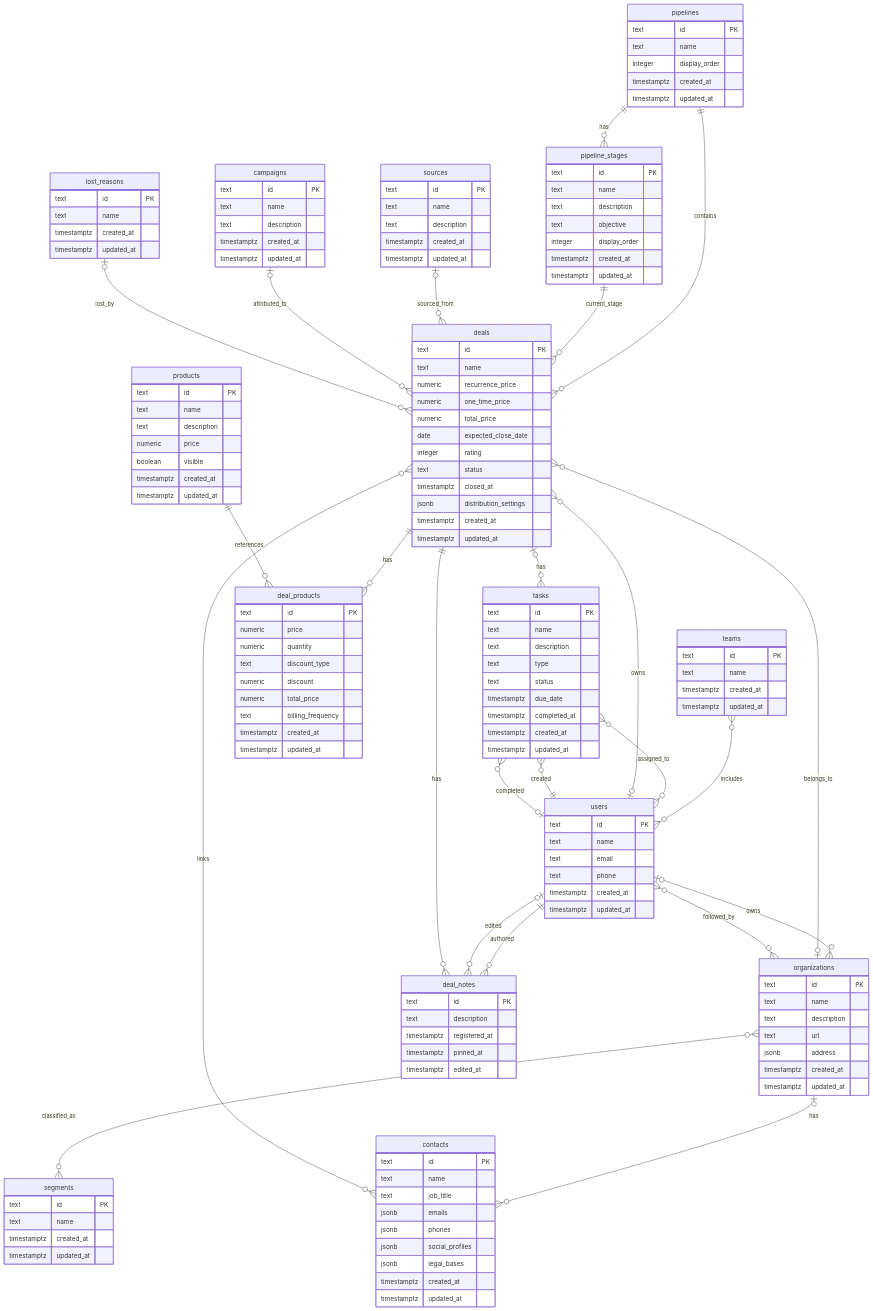
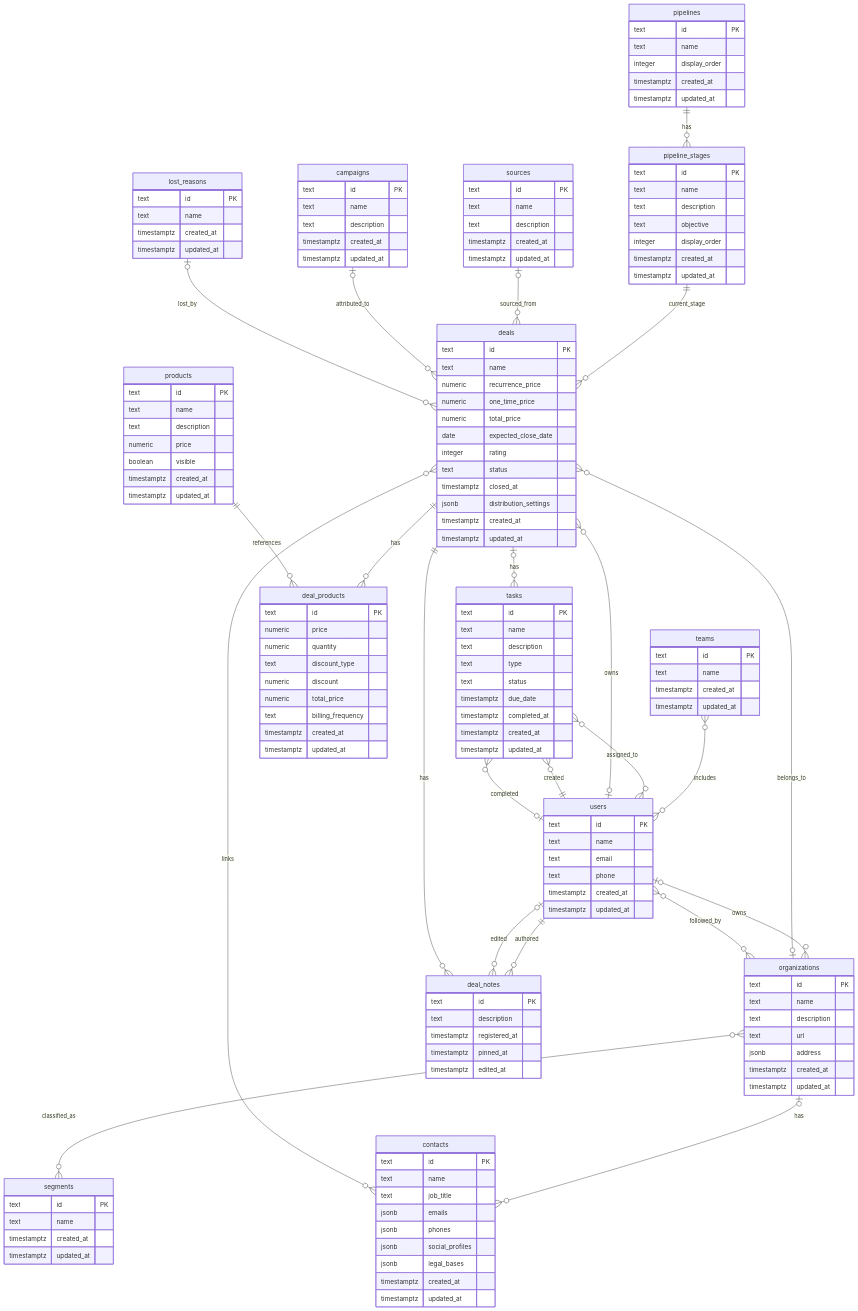
One commit to hcubasd/curly-spoon changed the diagram in README.md. Above: the diagram before and after it, drawn with Mermaid. The commit also changed 1 other file, not shown here.

Commit message:
fix: remove redundant pipeline_id from deals
pipeline_id is derivable via stage_id -> pipeline_stages.pipeline_id.
Keeping it was denormalization with no benefit at this stage.

```diff
--- a/README.md
+++ b/README.md
@@ -198,7 +198,6 @@
     }
 
     pipelines ||--o{ pipeline_stages : "has"
-    pipelines ||--o{ deals : "contains"
     pipeline_stages ||--o{ deals : "current_stage"
     users o|--o{ organizations : "owns"
     users o|--o{ deals : "owns"
```
